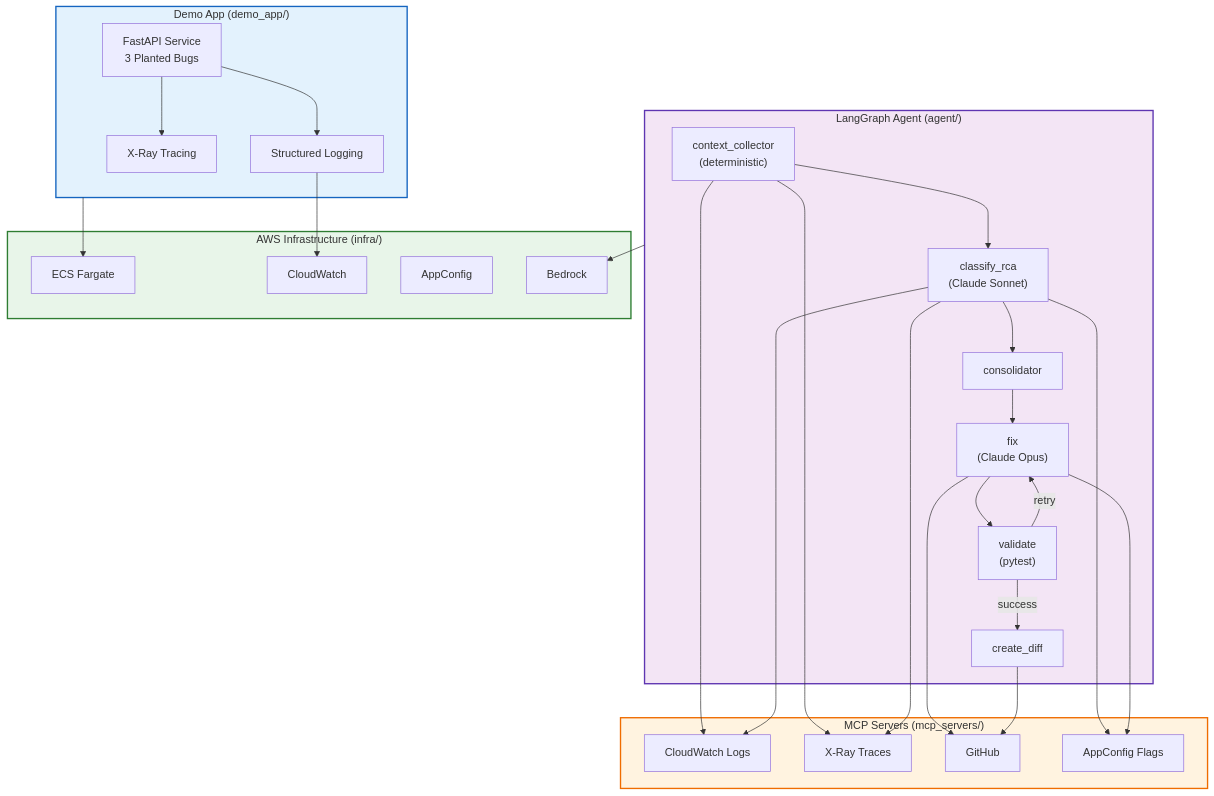
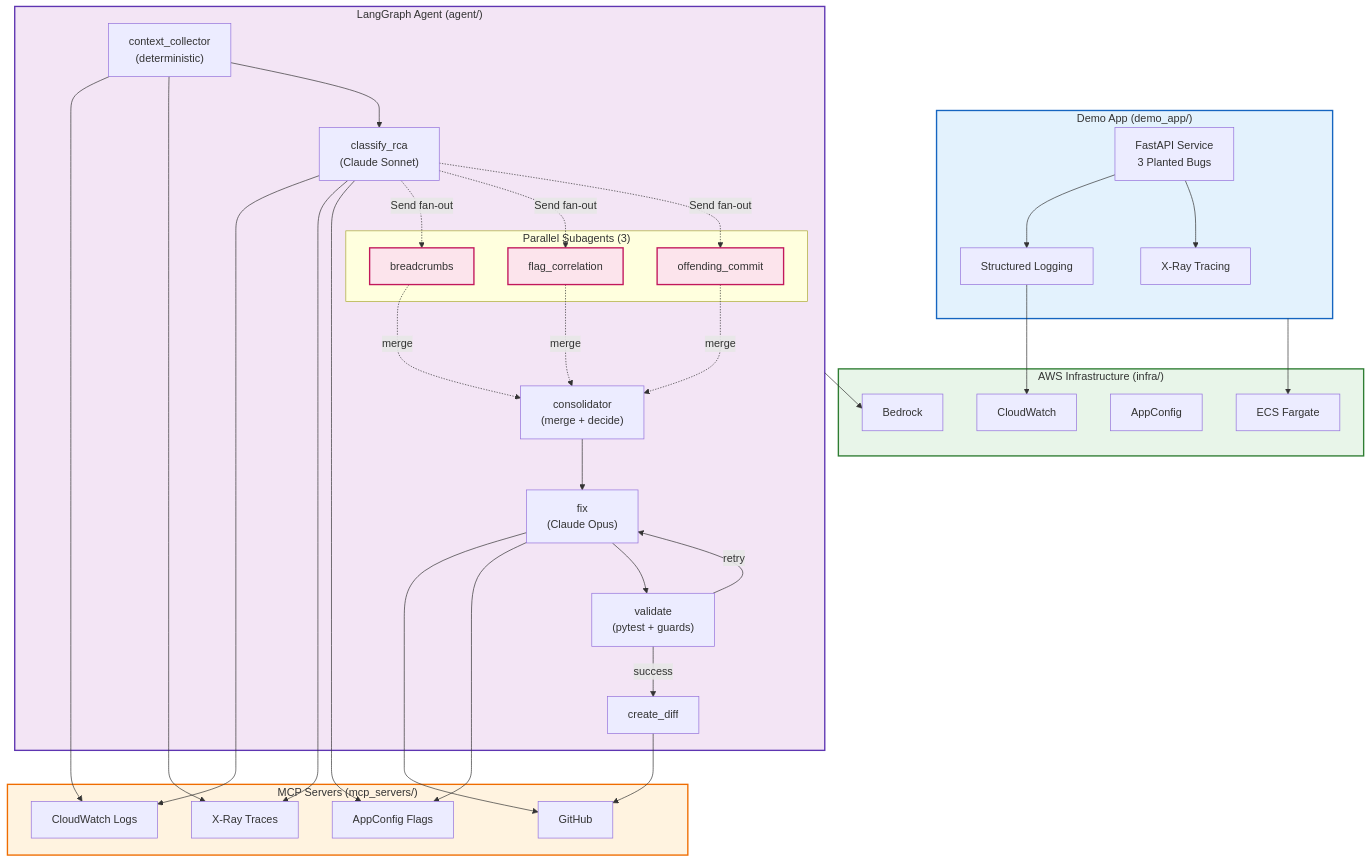
Before and after one commit to saranreddy/mini-debug-assist: the diagram in README.md, drawn with Mermaid. The commit also changed 12 other files, not shown here.

First line of the commit message:
Add parallel RCA subagents and enhance symptom-hiding detection

````diff
--- a/README.md
+++ b/README.md
@@ -11,58 +11,71 @@
 ```mermaid
 flowchart TB
     %% Styles
     classDef demo fill:#e3f2fd,stroke:#1565c0,stroke-width:2px
     classDef agent fill:#f3e5f5,stroke:#5e35b1,stroke-width:2px
+    classDef subagent fill:#fce4ec,stroke:#c2185b,stroke-width:2px
     classDef mcp fill:#fff3e0,stroke:#ef6c00,stroke-width:2px
     classDef aws fill:#e8f5e9,stroke:#2e7d32,stroke-width:2px
     
     %% Components
     subgraph Demo["Demo App (demo_app/)"]
         APP["FastAPI Service<br/>3 Planted Bugs"]
         LOGS["Structured Logging"]
         XRAY["X-Ray Tracing"]
     end
     
     subgraph Agent["LangGraph Agent (agent/)"]
         CC["context_collector<br/>(deterministic)"]
         RCA["classify_rca<br/>(Claude Sonnet)"]
-        CONS["consolidator"]
+        
+        subgraph Subagents["Parallel Subagents (3)"]
+            SA1["breadcrumbs"]
+            SA2["flag_correlation"]
+            SA3["offending_commit"]
+        end
+        
+        CONS["consolidator<br/>(merge + decide)"]
         FIX["fix<br/>(Claude Opus)"]
-        VAL["validate<br/>(pytest)"]
+        VAL["validate<br/>(pytest + guards)"]
         DIFF["create_diff"]
     end
     
     subgraph MCP["MCP Servers (mcp_servers/)"]
         MCW["CloudWatch Logs"]
         MXR["X-Ray Traces"]
         MGH["GitHub"]
         MAC["AppConfig Flags"]
     end
     
     subgraph AWS["AWS Infrastructure (infra/)"]
         ECS["ECS Fargate"]
         CW["CloudWatch"]
         AC["AppConfig"]
         BR["Bedrock"]
     end
     
     APP --> LOGS & XRAY
     LOGS --> CW
     CC --> MCW & MXR
     RCA --> MCW & MXR & MAC
+    
+    RCA -.->|Send fan-out| SA1 & SA2 & SA3
+    SA1 & SA2 & SA3 -.->|merge| CONS
+    
     FIX --> MGH & MAC
     DIFF --> MGH
     
-    CC --> RCA --> CONS
+    CC --> RCA
     CONS --> FIX --> VAL
     VAL -->|retry| FIX
     VAL -->|success| DIFF
     
     Agent --> BR
     Demo --> ECS
     
     class Demo demo
     class Agent agent
+    class SA1,SA2,SA3 subagent
     class MCP mcp
     class AWS aws
 ```
````
